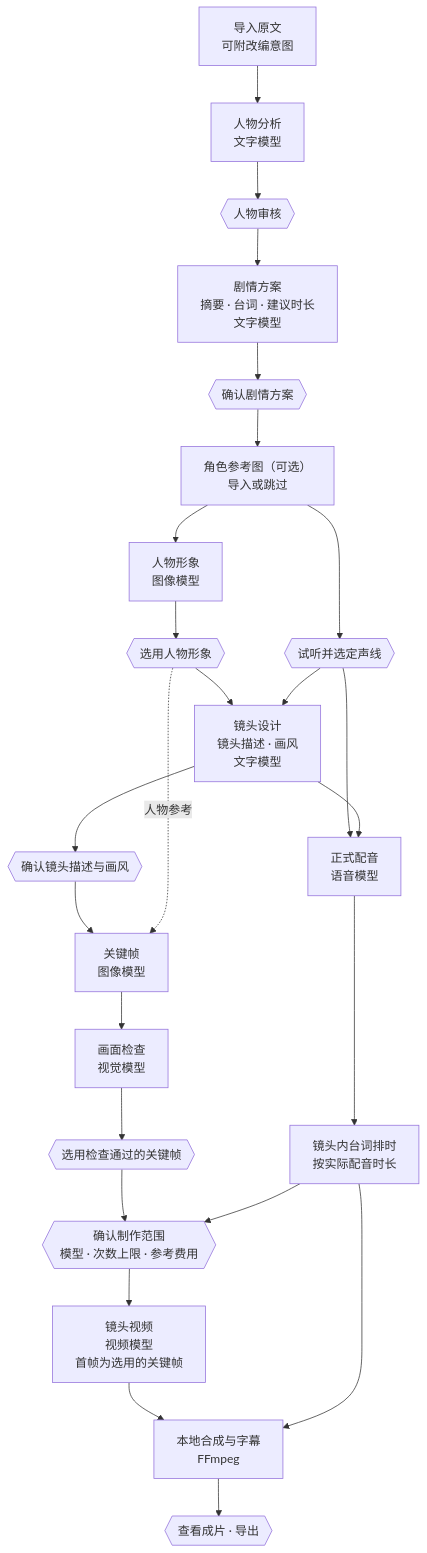
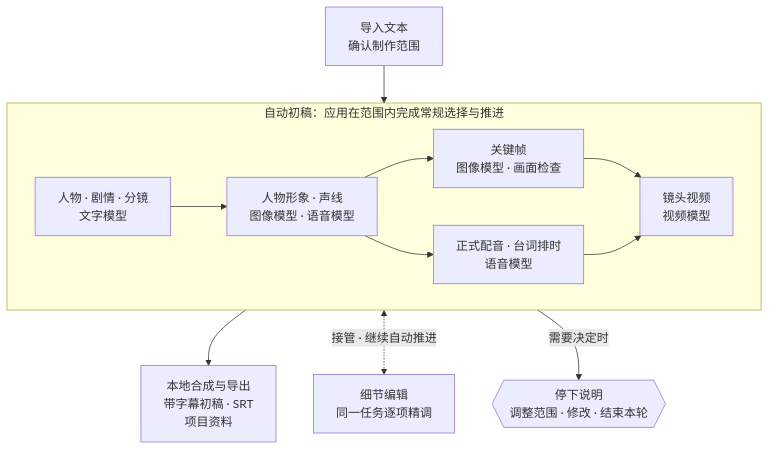
The diagram in docs/架构与流程.md (chenyihang98-pixel/chapter-drama-agent-showcase), drawn with Mermaid before and after one commit. The commit also changed other lines of this file and 6 other files, not shown here.

````diff
--- a/docs/架构与流程.md
+++ b/docs/架构与流程.md
@@ -18,27 +18,14 @@
 ```mermaid
 flowchart TB
-    A["导入原文<br/>可附改编意图"] --> B["人物分析<br/>文字模型"]
-    B --> C{{"人物审核"}}
-    C --> D["剧情方案<br/>摘要 · 台词 · 建议时长<br/>文字模型"]
-    D --> E{{"确认剧情方案"}}
-    E --> R["角色参考图（可选）<br/>导入或跳过"]
-    R --> F["人物形象<br/>图像模型"]
-    F --> F2{{"选用人物形象"}}
-    R --> G{{"试听并选定声线"}}
-    F2 --> H["镜头设计<br/>镜头描述 · 画风<br/>文字模型"]
-    G --> H
-    H --> H2{{"确认镜头描述与画风"}}
-    H2 --> K["关键帧<br/>图像模型"]
-    F2 -.->|"人物参考"| K
-    K --> L["画面检查<br/>视觉模型"]
-    L --> L2{{"选用检查通过的关键帧"}}
-    G --> P["正式配音<br/>语音模型"]
-    H --> P
-    P --> Q["镜头内台词排时<br/>按实际配音时长"]
-    L2 --> X{{"确认制作范围<br/>模型 · 次数上限 · 参考费用"}}
-    Q --> X
-    X --> Y["镜头视频<br/>视频模型<br/>首帧为选用的关键帧"]
-    Y --> Z["本地合成与字幕<br/>FFmpeg"]
-    Q --> Z
-    Z --> O{{"查看成片 · 导出"}}
+    IN["导入文本<br/>确认制作范围"] --> PIPE
+    subgraph PIPE["自动初稿：应用在范围内完成常规选择与推进"]
+        T["人物 · 剧情 · 分镜<br/>文字模型"] --> L["人物形象 · 声线<br/>图像模型 · 语音模型"]
+        L --> K["关键帧<br/>图像模型 · 画面检查"]
+        L --> V["正式配音 · 台词排时<br/>语音模型"]
+        K --> M["镜头视频<br/>视频模型"]
+        V --> M
+    end
+    PIPE --> OUT["本地合成与导出<br/>带字幕初稿 · SRT<br/>项目资料"]
+    PIPE <-.->|"接管 · 继续自动推进"| EDIT["细节编辑<br/>同一任务逐项精调"]
+    PIPE -->|"需要决定时"| STOP{{"停下说明<br/>调整范围 · 修改 · 结束本轮"}}
 ```
````
